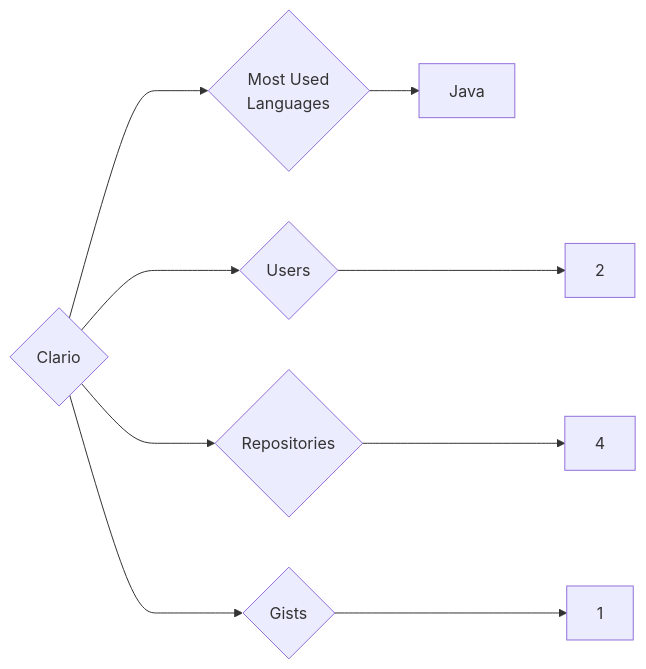
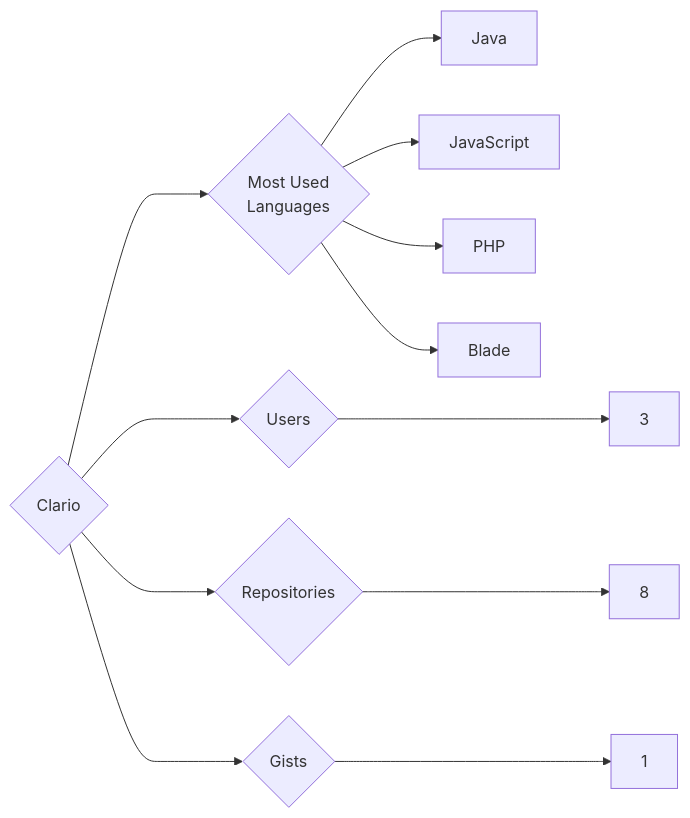
Before and after one commit to trickest/insiders: the diagram in targets/Clario/README.md, drawn with Mermaid. The commit also changed 1123 other files, not shown here.

````diff
--- a/targets/Clario/README.md
+++ b/targets/Clario/README.md
@@ -3,9 +3,12 @@
 ```mermaid
 graph LR
 COMPANY_NAME{Clario}
-COMPANY_NAME ---> U{Users} ---> UN[2]
-COMPANY_NAME ---> R{Repositories} ---> RN[4]
+COMPANY_NAME ---> U{Users} ---> UN[3]
+COMPANY_NAME ---> R{Repositories} ---> RN[8]
 COMPANY_NAME ---> G{Gists} ---> GN[1]
 COMPANY_NAME ---> ML{Most Used<br>Languages}
 ML --> Java[Java]
+ML --> JavaScript[JavaScript]
+ML --> PHP[PHP]
+ML --> Blade[Blade]
 ```
````
